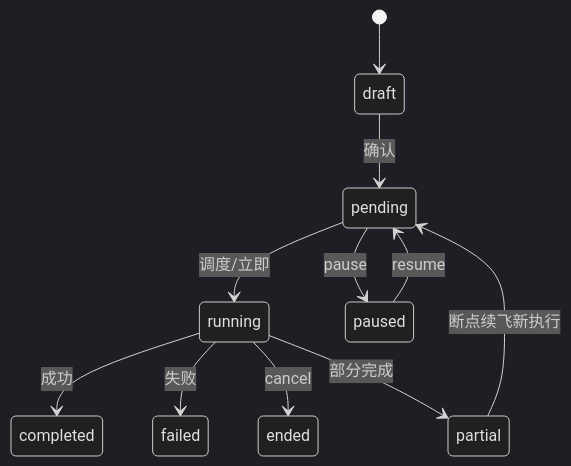
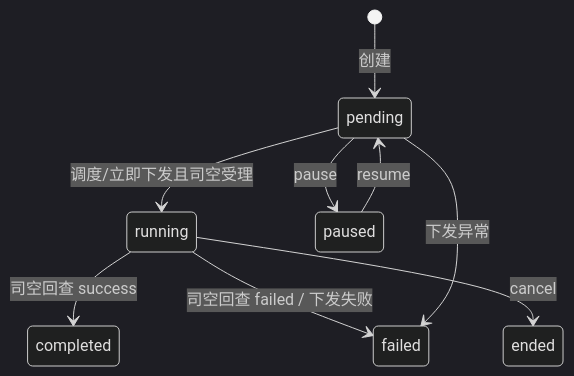
One commit to 270220320/paasPlatform changed the second of 2 diagrams in docs/03-design/detail/detail-mission.md. Above: the diagram before and after it, drawn with Mermaid (dark theme). The commit also changed other lines of this file and 63 other files, not shown here.

````diff
--- a/docs/03-design/detail/detail-mission.md
+++ b/docs/03-design/detail/detail-mission.md
@@ -142,13 +148,11 @@
 ```mermaid
 stateDiagram-v2
-  [*] --> draft
-  draft --> pending: 确认
-  pending --> running: 调度/立即
+  [*] --> pending: 创建
+  pending --> running: 调度/立即下发且司空受理
   pending --> paused: pause
   paused --> pending: resume
-  running --> completed: 成功
-  running --> failed: 失败
+  running --> completed: 司空回查 success
+  running --> failed: 司空回查 failed / 下发失败
   running --> ended: cancel
-  running --> partial: 部分完成
-  partial --> pending: 断点续飞新执行
+  pending --> failed: 下发异常
 ```
````
